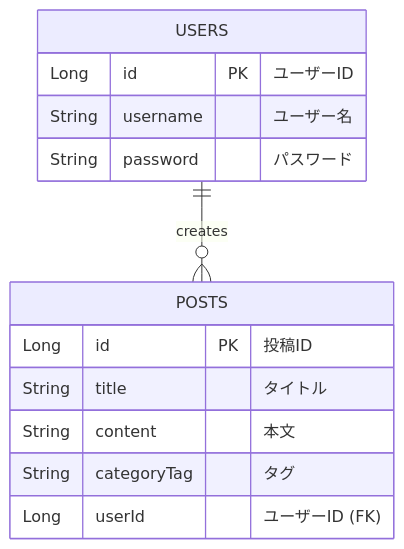
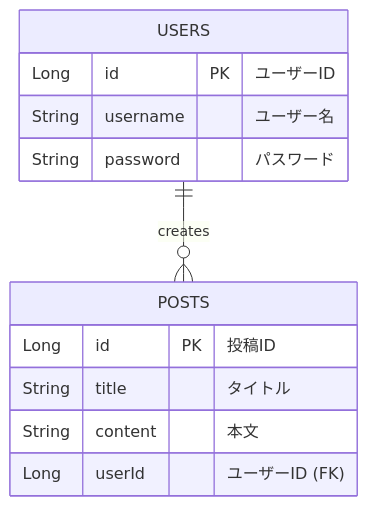
One commit to Nyama-zaki/yokubaro changed the diagram in README.md. Above: the diagram before and after it, drawn with Mermaid. The commit also changed other lines of this file and 1 other file, not shown here.

````diff
--- a/README.md
+++ b/README.md
@@ -57,16 +57,15 @@
 ```mermaid
 erDiagram
     USERS ||--o{ POSTS : "creates"
     USERS {
         Long id PK "ユーザーID"
         String username "ユーザー名"
         String password "パスワード"
     }
     POSTS {
         Long id PK "投稿ID"
         String title "タイトル"
         String content "本文"
-        String categoryTag "タグ"
         Long userId "ユーザーID (FK)"
     }
 ```
````
